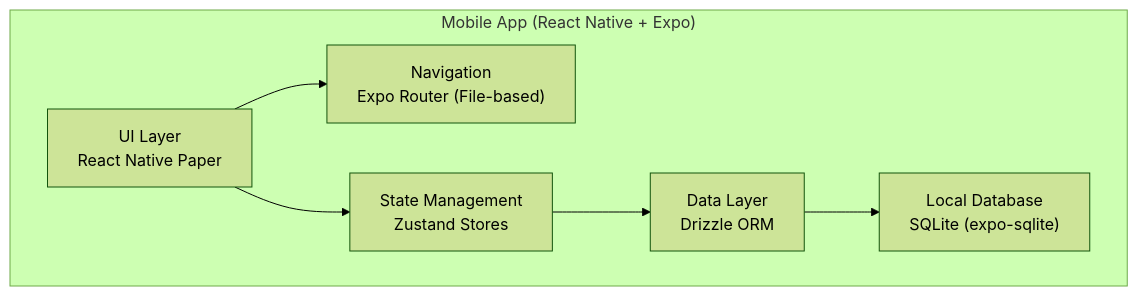
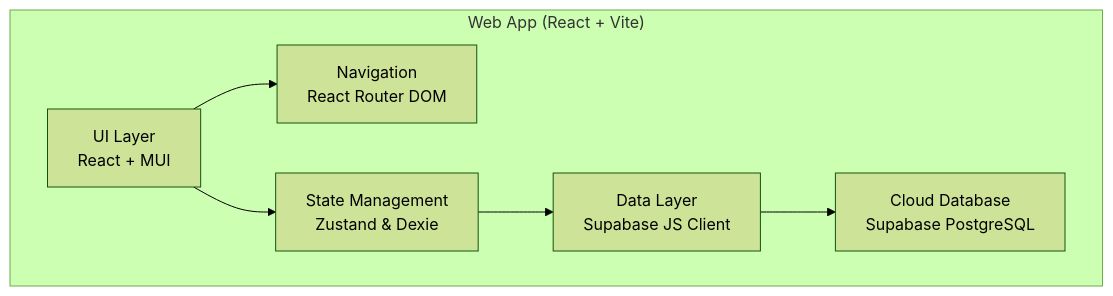
Before and after one commit to ngaothetieutu/Hostify: the second of 4 diagrams in docs/project_overview.md, drawn with Mermaid (forest theme). The commit also changed other lines of this file and 12 other files, not shown here.

````diff
--- a/docs/project_overview.md
+++ b/docs/project_overview.md
@@ -131,15 +133,15 @@
 ```mermaid
 graph TB
-    subgraph "Mobile App (React Native + Expo)"
-        UI["UI Layer<br/>React Native Paper"]
-        NAV["Navigation<br/>Expo Router (File-based)"]
-        STATE["State Management<br/>Zustand Stores"]
-        ORM["Data Layer<br/>Drizzle ORM"]
-        DB["Local Database<br/>SQLite (expo-sqlite)"]
+    subgraph "Web App (React + Vite)"
+        UI["UI Layer<br/>React + MUI"]
+        NAV["Navigation<br/>React Router DOM"]
+        STATE["State Management<br/>Zustand & Dexie"]
+        API["Data Layer<br/>Supabase JS Client"]
+        DB["Cloud Database<br/>Supabase PostgreSQL"]
     end
 
     UI --> NAV
     UI --> STATE
-    STATE --> ORM
-    ORM --> DB
+    STATE --> API
+    API --> DB
 ```
````
